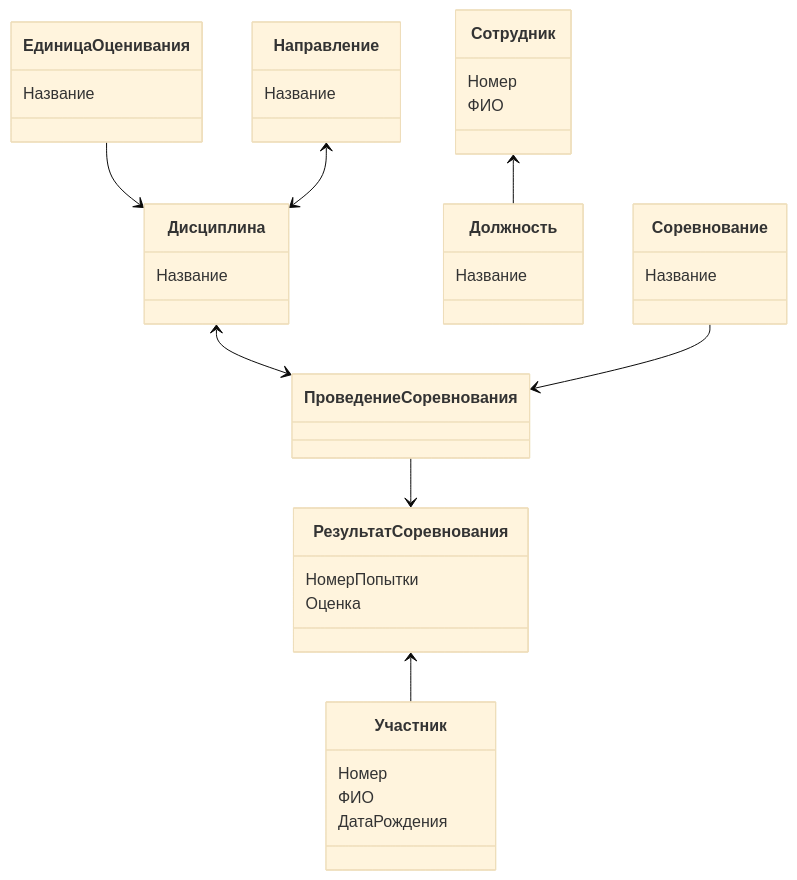
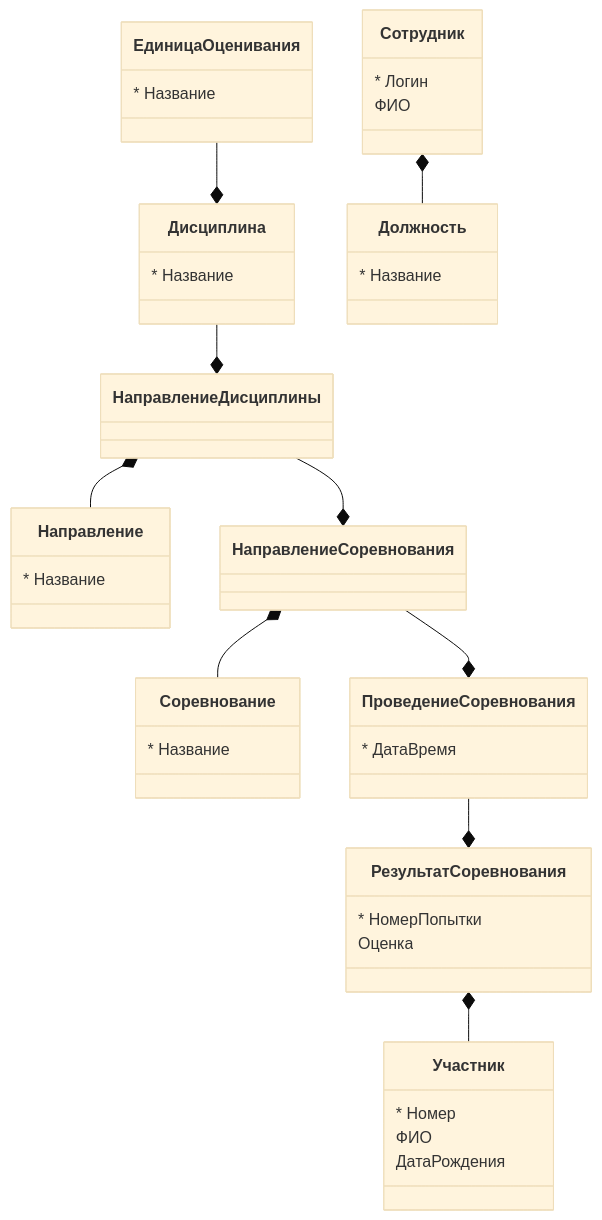
The diagram in readme.md (IrinaVolmont/Competitions), drawn with Mermaid (base theme) before and after one commit. The commit also changed 13 other files, not shown here.

Commit message:
Изменена схема

````diff
--- a/readme.md
+++ b/readme.md
@@ -1,39 +1,45 @@
 ```mermaid
 classDiagram
-      ЕдиницаОценивания --> Дисциплина
-      ПроведениеСоревнования --> РезультатСоревнования
-      РезультатСоревнования <-- Участник
-      Сотрудник <-- Должность
-      Направление <--> Дисциплина
-      Дисциплина <--> ПроведениеСоревнования
-      Соревнование --> ПроведениеСоревнования
-      
-      class ЕдиницаОценивания{
-          Название
-      }
-      class Дисциплина{
-          Название
-      }
-      class Соревнование{
-          Название
-      }
-      class Участник{
-          Номер
-          ФИО
-          ДатаРождения
-      }
-      class РезультатСоревнования{
-          НомерПопытки
-          Оценка
-      }
-      class Сотрудник{
-          Номер
-          ФИО
-      }
-      class Должность{
-          Название
-      }
-      class Направление{
-          Название
-      }
+	ЕдиницаОценивания --* Дисциплина
+	Дисциплина --* НаправлениеДисциплины
+	НаправлениеДисциплины *-- Направление
+	НаправлениеДисциплины --* НаправлениеСоревнования
+	НаправлениеСоревнования *-- Соревнование
+	НаправлениеСоревнования --* ПроведениеСоревнования
+	ПроведениеСоревнования --* РезультатСоревнования
+	РезультатСоревнования *-- Участник
+	Сотрудник *-- Должность
+	
+class Должность{
+	* Название
+}
+class Сотрудник{
+	* Логин
+	ФИО
+}
+class ЕдиницаОценивания{
+	* Название
+}
+class Дисциплина{
+	* Название
+}
+class Направление{
+	* Название
+}
+class Соревнование{
+	* Название
+}
+class ПроведениеСоревнования{
+	* ДатаВремя
+}
+class Участник{
+	* Номер
+	ФИО
+	ДатаРождения
+}
+class РезультатСоревнования{
+	* НомерПопытки
+	Оценка
+}
+
 ```
````
